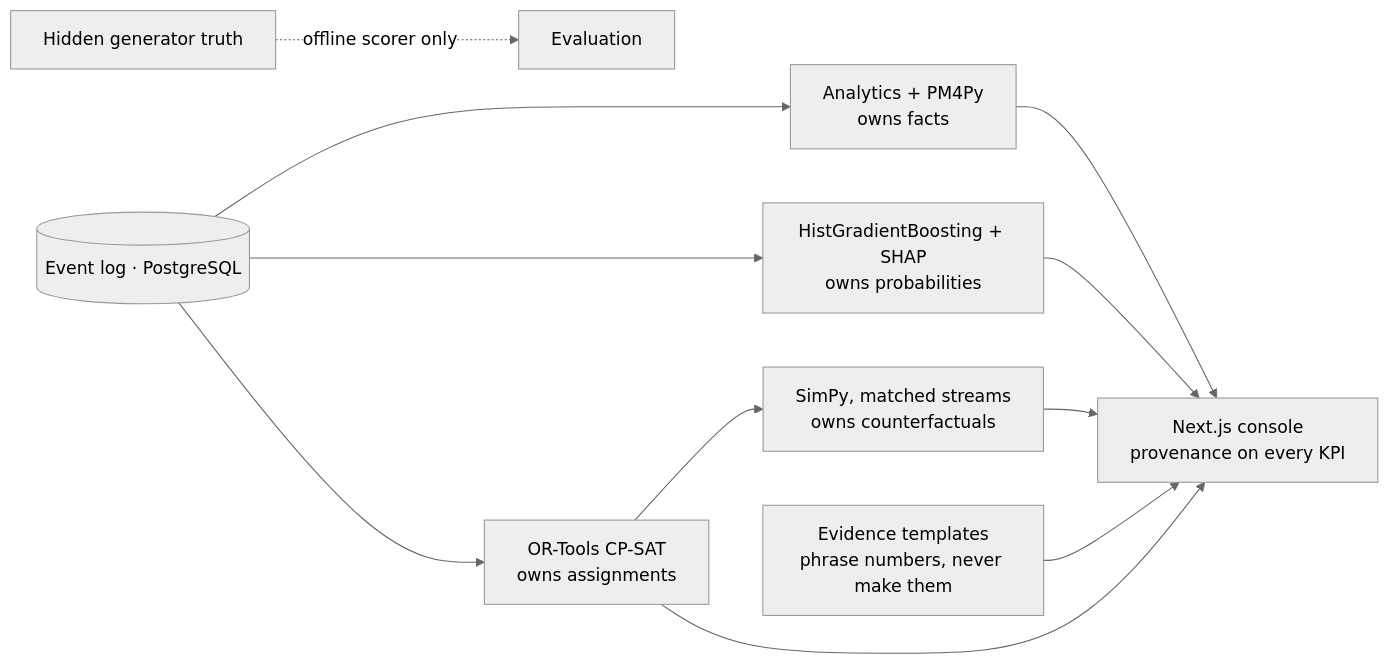
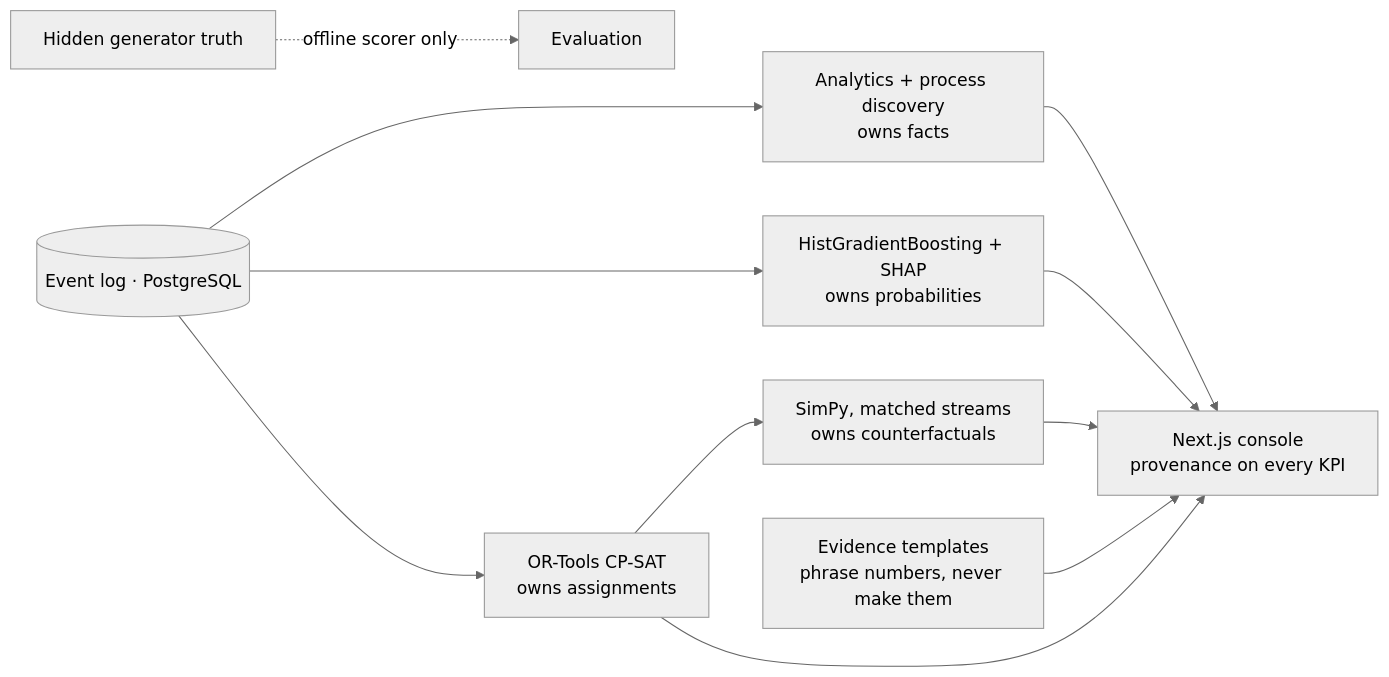
The diagram in README.md (abdulaz06/berthiq), drawn with Mermaid (neutral theme) before and after one commit. The commit also changed other lines of this file and 33 other files, not shown here.

````diff
--- a/README.md
+++ b/README.md
@@ -70,13 +70,13 @@
 ```mermaid
 flowchart LR
-    Log[(Event log · PostgreSQL)] --> Analytics[Analytics + PM4Py<br/>owns facts]
+    Log[(Event log · PostgreSQL)] --> Analytics[Analytics + process discovery<br/>owns facts]
     Log --> Model[HistGradientBoosting + SHAP<br/>owns probabilities]
     Log --> Solver[OR-Tools CP-SAT<br/>owns assignments]
     Solver --> Sim[SimPy, matched streams<br/>owns counterfactuals]
     Analytics --> UI[Next.js console<br/>provenance on every KPI]
     Model --> UI
     Solver --> UI
     Sim --> UI
     Templates[Evidence templates<br/>phrase numbers, never make them] --> UI
     Truth[Hidden generator truth] -.->|offline scorer only| Eval[Evaluation]
 ```
````
